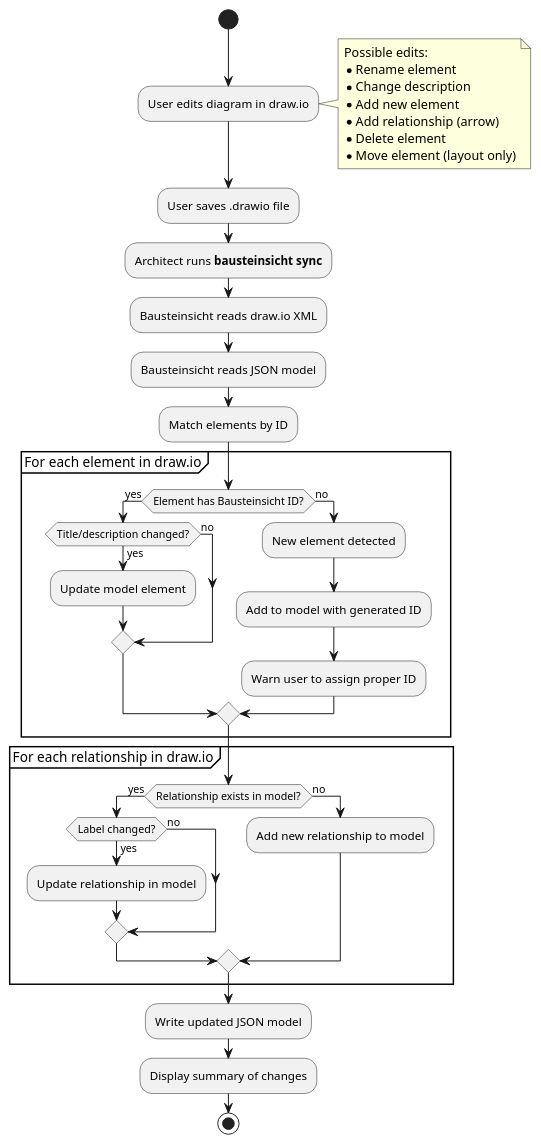
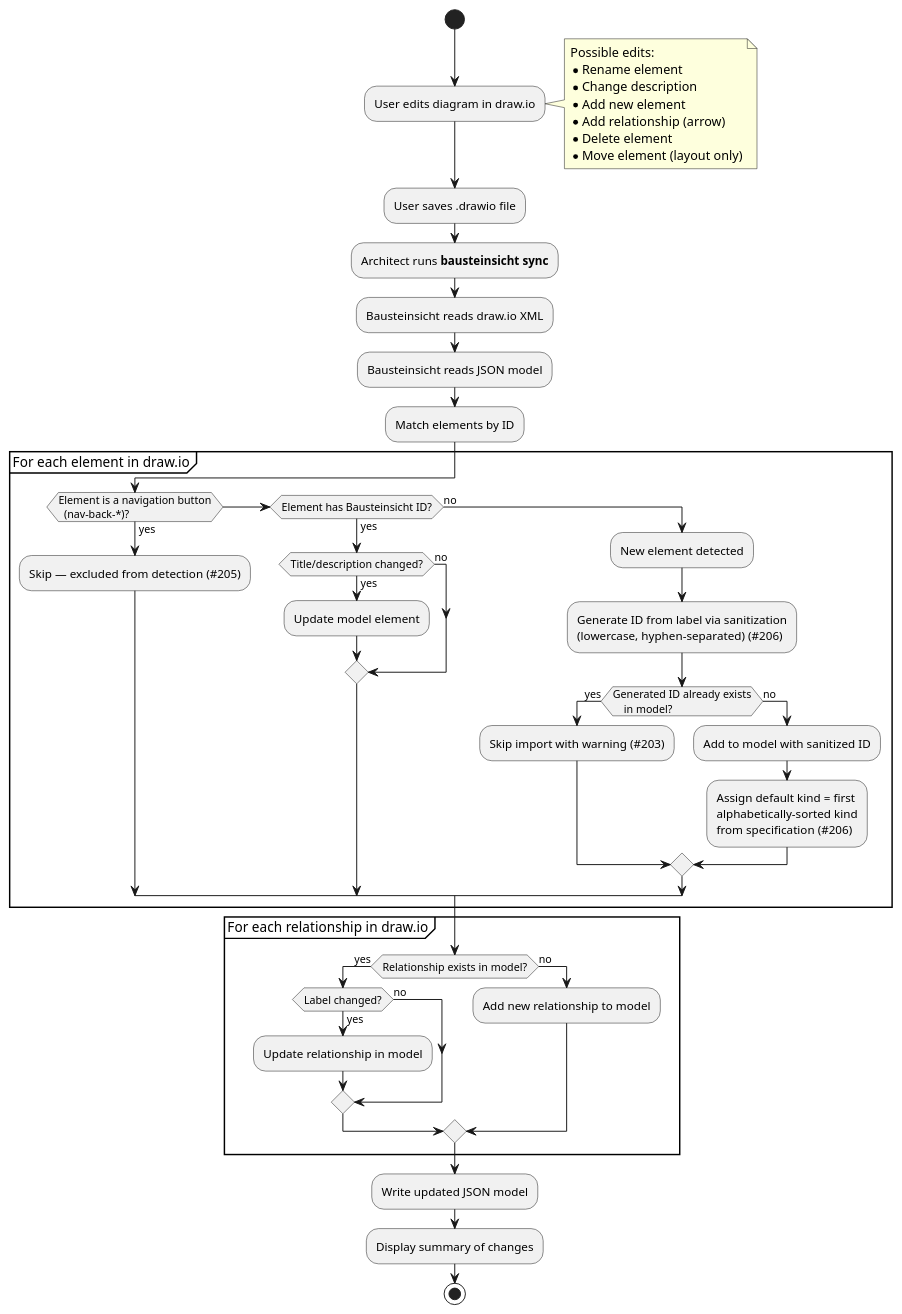
Before and after one commit to docToolchain/Bausteinsicht: the fourth of 8 diagrams in src/docs/spec/01_use_cases.adoc, drawn with PlantUML. The commit also changed other lines of this file and 8 other files, not shown here.

```diff
--- a/src/docs/spec/01_use_cases.adoc
+++ b/src/docs/spec/01_use_cases.adoc
@@ -177,50 +182,60 @@
 [plantuml, uc04-reverse-sync, png]
 ....
 @startuml
 start
 :User edits diagram in draw.io;
 note right
   Possible edits:
   * Rename element
   * Change description
   * Add new element
   * Add relationship (arrow)
   * Delete element
   * Move element (layout only)
 end note
 :User saves .drawio file;
 :Architect runs **bausteinsicht sync**;
 :Bausteinsicht reads draw.io XML;
 :Bausteinsicht reads JSON model;
 
 :Match elements by ID;
 
 partition "For each element in draw.io" {
-  if (Element has Bausteinsicht ID?) then (yes)
+  if (Element is a navigation button\n  (nav-back-*)?) then (yes)
+    :Skip — excluded from detection (#205);
+  elseif (Element has Bausteinsicht ID?) then (yes)
     if (Title/description changed?) then (yes)
       :Update model element;
     else (no)
     endif
   else (no)
     :New element detected;
-    :Add to model with generated ID;
-    :Warn user to assign proper ID;
+    :Generate ID from label via sanitization
+    (lowercase, hyphen-separated) (#206);
+    if (Generated ID already exists\n    in model?) then (yes)
+      :Skip import with warning (#203);
+    else (no)
+      :Add to model with sanitized ID;
+      :Assign default kind = first
+      alphabetically-sorted kind
+      from specification (#206);
+    endif
   endif
 }
 
 partition "For each relationship in draw.io" {
   if (Relationship exists in model?) then (yes)
     if (Label changed?) then (yes)
       :Update relationship in model;
     else (no)
     endif
   else (no)
     :Add new relationship to model;
   endif
 }
 
 :Write updated JSON model;
 :Display summary of changes;
 stop
 @enduml
 ....
```
